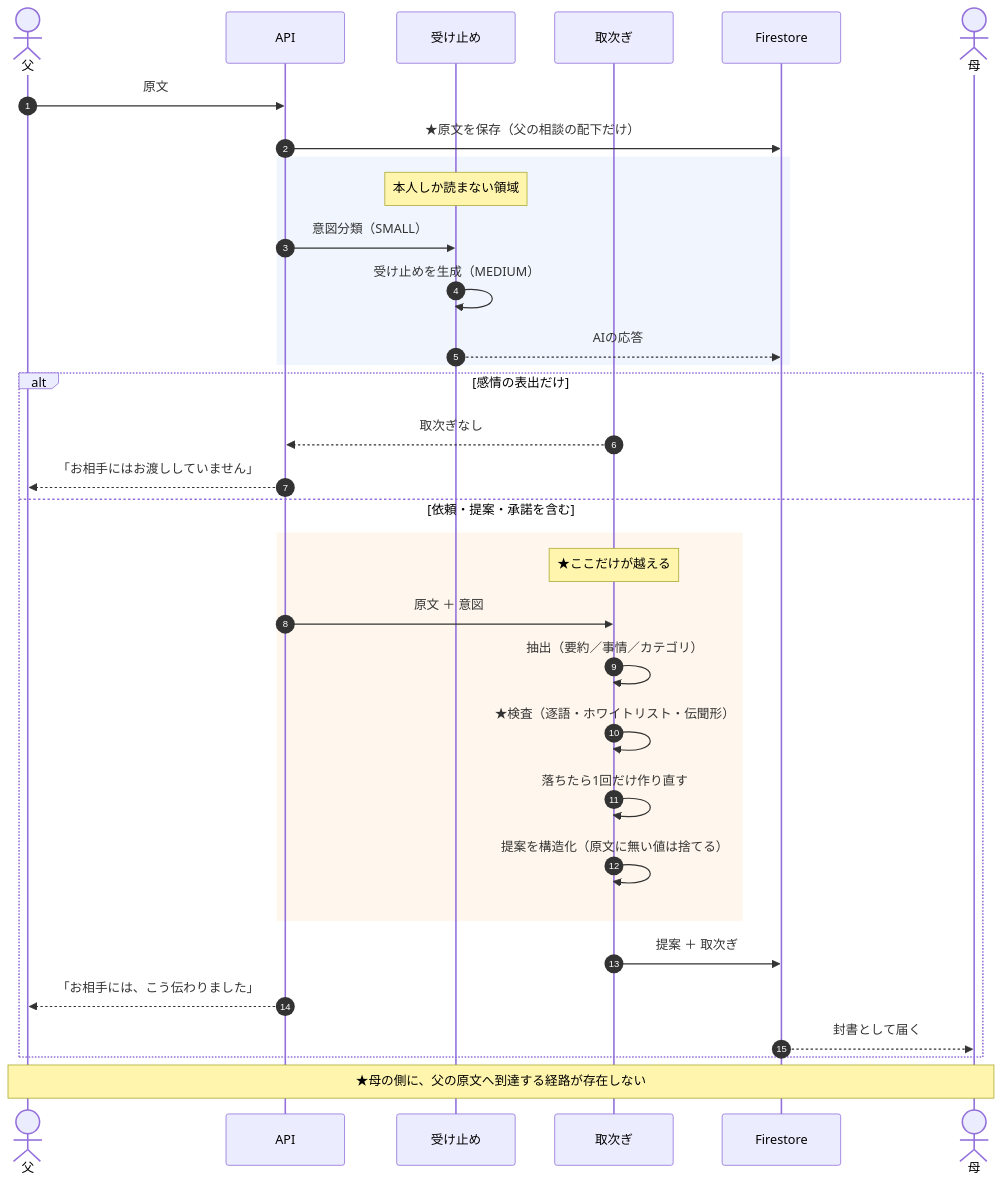
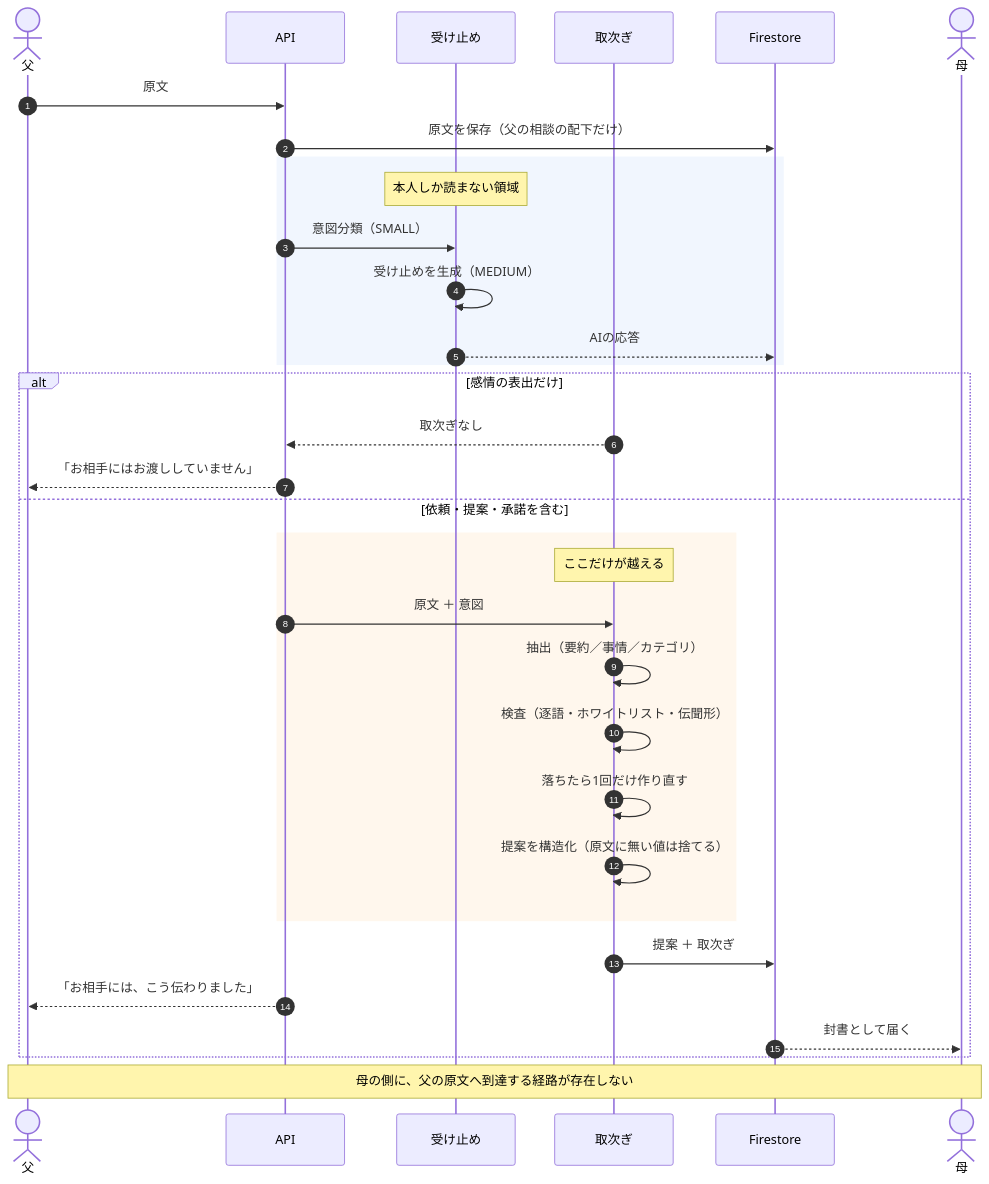
One commit to sugimomoto/AIHack changed the third of 8 diagrams in .steering/20260813-blog/draft_main.md. Above: the diagram before and after it, drawn with Mermaid. The commit also changed other lines of this file, not shown here.

````diff
--- a/.steering/20260813-blog/draft_main.md
+++ b/.steering/20260813-blog/draft_main.md
@@ -262,39 +262,39 @@
 ```mermaid
 sequenceDiagram
     autonumber
     actor A as 父
     participant API as API
     participant S as 受け止め
     participant R as 取次ぎ
     participant DB as Firestore
     actor B as 母
 
     A->>API: 原文
-    API->>DB: ★原文を保存（父の相談の配下だけ）
+    API->>DB: 原文を保存（父の相談の配下だけ）
 
     rect rgba(232,240,254,0.6)
     note over S: 本人しか読まない領域
     API->>S: 意図分類（SMALL）
     S->>S: 受け止めを生成（MEDIUM）
     S-->>DB: AIの応答
     end
 
     alt 感情の表出だけ
         R-->>API: 取次ぎなし
         API-->>A: 「お相手にはお渡ししていません」
     else 依頼・提案・承諾を含む
         rect rgba(255,244,230,0.7)
-        note over R: ★ここだけが越える
+        note over R: ここだけが越える
         API->>R: 原文 ＋ 意図
         R->>R: 抽出（要約／事情／カテゴリ）
-        R->>R: ★検査（逐語・ホワイトリスト・伝聞形）
+        R->>R: 検査（逐語・ホワイトリスト・伝聞形）
         R->>R: 落ちたら1回だけ作り直す
         R->>R: 提案を構造化（原文に無い値は捨てる）
         end
         R->>DB: 提案 ＋ 取次ぎ
         API-->>A: 「お相手には、こう伝わりました」
         DB-->>B: 封書として届く
     end
 
-    note over A,B: ★母の側に、父の原文へ到達する経路が存在しない
+    note over A,B: 母の側に、父の原文へ到達する経路が存在しない
 ```
````
